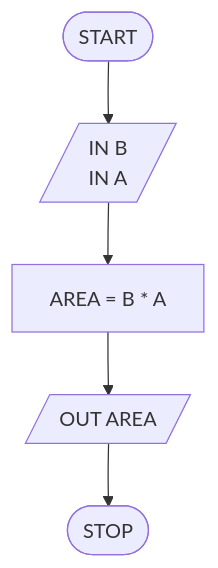
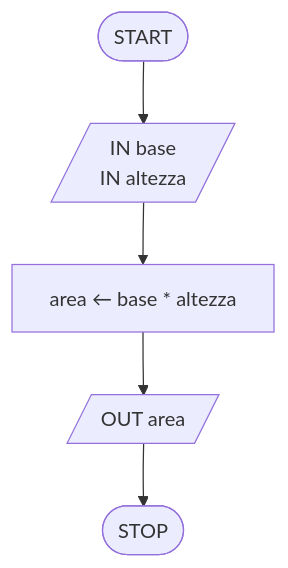
The first of 28 diagrams in flowcharts_soluzioni.md (pg-laboratorio/flowcharts_laboratorio_esercizi), drawn with Mermaid before and after one commit. The commit also changed other lines of this file, not shown here.

````diff
--- a/flowcharts_soluzioni.md
+++ b/flowcharts_soluzioni.md
@@ -13,8 +23,7 @@
 ```mermaid
 graph TD
-    START([START]) --> INPUT[/IN B<br>IN A/]
-    INPUT --> PROCESS[AREA = B * A]
-    PROCESS --> OUTPUT[/OUT AREA/]
+    START([START]) --> INPUT[/"IN base<br>IN altezza"/]
+    INPUT --> PROC["area ← base * altezza"]
+    PROC --> OUTPUT[/"OUT area"/]
     OUTPUT --> STOP([STOP])
-
 ```
````
